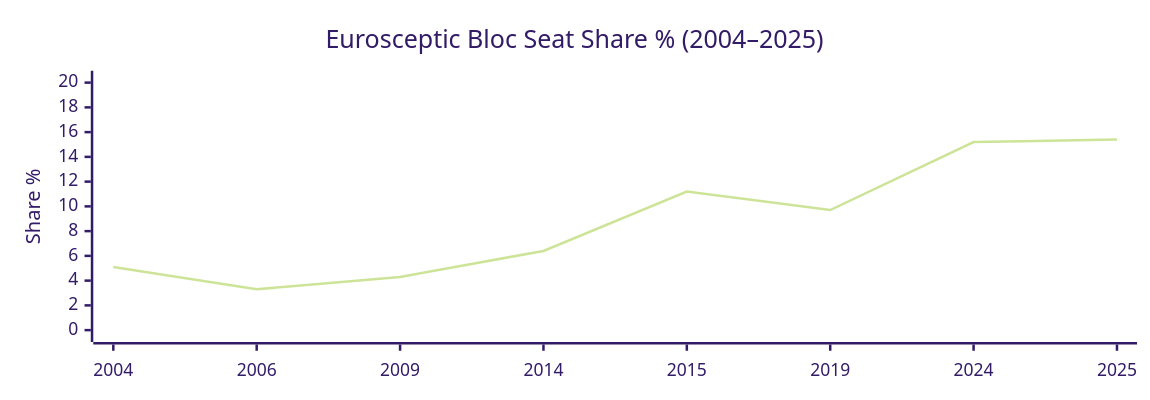
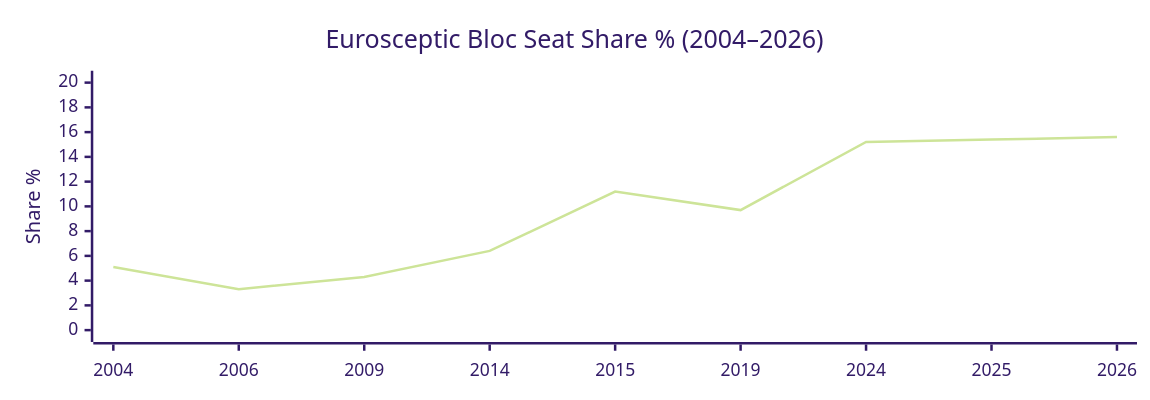
Diagram 15 of 21 in api-markdown/_media/EP_POLITICAL_LANDSCAPE.md (Hack23/European-Parliament-MCP-Server), drawn with Mermaid (forest theme) before and after one commit. The commit also changed other lines of this file and 1437 other files, not shown here.

````diff
--- a/api-markdown/_media/EP_POLITICAL_LANDSCAPE.md
+++ b/api-markdown/_media/EP_POLITICAL_LANDSCAPE.md
@@ -379,13 +381,13 @@
 ```mermaid
 ---
 config:
   xyChart:
     width: 900
     height: 300
 ---
 xychart-beta
-    title "Eurosceptic Bloc Seat Share % (2004–2025)"
-    x-axis [2004, 2006, 2009, 2014, 2015, 2019, 2024, 2025]
+    title "Eurosceptic Bloc Seat Share % (2004–2026)"
+    x-axis [2004, 2006, 2009, 2014, 2015, 2019, 2024, 2025, 2026]
     y-axis "Share %" 0 --> 20
-    line [5.1, 3.3, 4.3, 6.4, 11.2, 9.7, 15.2, 15.4]
+    line [5.1, 3.3, 4.3, 6.4, 11.2, 9.7, 15.2, 15.4, 15.6]
 ```
````
